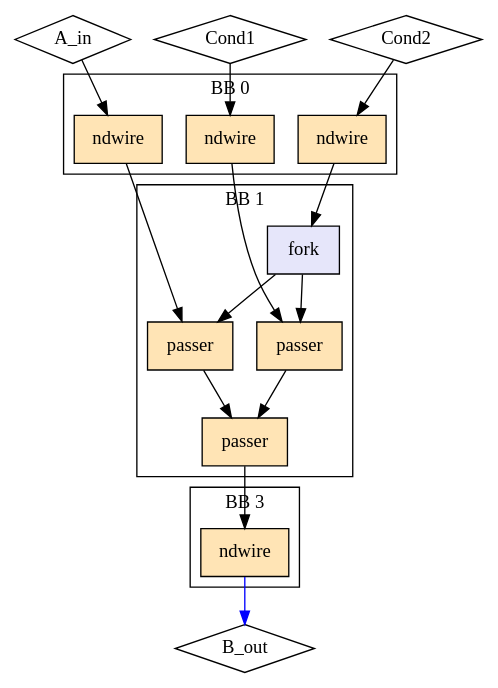
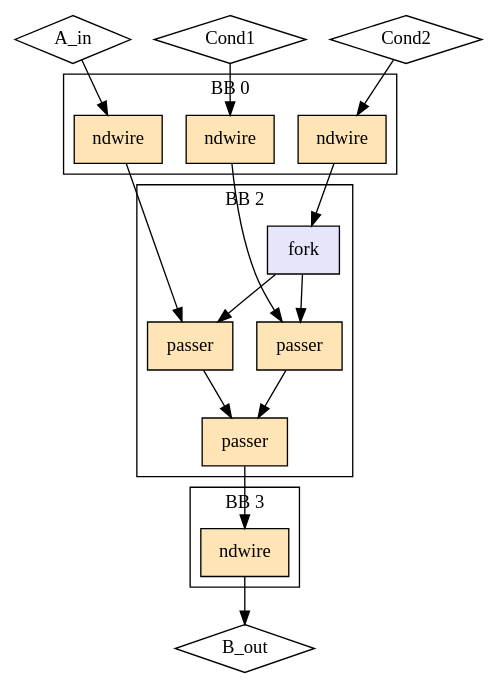
The diagram in experimental/tools/elastic-miter/out/unify_sup/lhs_reachability/model.dot (EPFL-LAP/dynamatic), drawn with Graphviz before and after one commit. The commit also changed 454 other files, not shown here.

```diff
--- a/experimental/tools/elastic-miter/out/unify_sup/lhs_reachability/model.dot
+++ b/experimental/tools/elastic-miter/out/unify_sup/lhs_reachability/model.dot
@@ -1,37 +1,37 @@
 Digraph G {
   splines=spline
   compound=true
   "A_in" ["style"="solid", "shape"="diamond", "label"="A_in", "mlir_op"="handshake.func"]
   "Cond1" ["style"="solid", "shape"="diamond", "label"="Cond1", "mlir_op"="handshake.func"]
   "Cond2" ["style"="solid", "shape"="diamond", "label"="Cond2", "mlir_op"="handshake.func"]
   "B_out" ["style"="solid", "shape"="diamond", "label"="B_out", "mlir_op"="handshake.func"]
   "A_in" -> "ndw_in_A_in" ["dir"="both", "style"="solid", "arrowhead"="normal", "from_idx"="0", "to"="ins", "arrowtail"="none", "from"="A_in", "to_idx"="0"]
   "Cond1" -> "ndw_in_Cond1" ["dir"="both", "style"="solid", "arrowhead"="normal", "from_idx"="1", "to"="ins", "arrowtail"="none", "from"="Cond1", "to_idx"="0"]
   "Cond2" -> "ndw_in_Cond2" ["dir"="both", "style"="solid", "arrowhead"="normal", "from_idx"="2", "to"="ins", "arrowtail"="none", "from"="Cond2", "to_idx"="0"]
   "ndw_in_A_in" -> "passer2" ["dir"="both", "style"="solid", "arrowhead"="normal", "from_idx"="0", "to"="data", "arrowtail"="none", "from"="outs", "to_idx"="0"]
   "ndw_in_Cond1" -> "passer1" ["dir"="both", "style"="solid", "arrowhead"="normal", "from_idx"="0", "to"="data", "arrowtail"="none", "from"="outs", "to_idx"="0"]
   "ndw_in_Cond2" -> "fork_cond2" ["dir"="both", "style"="solid", "arrowhead"="normal", "from_idx"="0", "to"="ins", "arrowtail"="none", "from"="outs", "to_idx"="0"]
-  "ndw_out_B_out" -> "B_out" ["dir"="both", "style"="solid", "arrowhead"="normal", "from_idx"="0", "color"="blue", "to"="B_out", "arrowtail"="none", "from"="outs", "to_idx"="0"]
+  "ndw_out_B_out" -> "B_out" ["dir"="both", "style"="solid", "arrowhead"="normal", "from_idx"="0", "to"="B_out", "arrowtail"="none", "from"="outs", "to_idx"="0"]
   "passer3" -> "ndw_out_B_out" ["dir"="both", "style"="solid", "arrowhead"="normal", "from_idx"="0", "to"="ins", "arrowtail"="none", "from"="result", "to_idx"="0"]
   subgraph cluster0 {
     graph ["label"="BB 0"]
     "ndw_in_A_in" ["style"="filled", "fillcolor"="moccasin", "shape"="box", "label"="ndwire", "mlir_op"="handshake.ndwire"]
     "ndw_in_Cond1" ["style"="filled", "fillcolor"="moccasin", "shape"="box", "label"="ndwire", "mlir_op"="handshake.ndwire"]
     "ndw_in_Cond2" ["style"="filled", "fillcolor"="moccasin", "shape"="box", "label"="ndwire", "mlir_op"="handshake.ndwire"]
   }
   subgraph cluster3 {
     graph ["label"="BB 3"]
     "ndw_out_B_out" ["style"="filled", "fillcolor"="moccasin", "shape"="box", "label"="ndwire", "mlir_op"="handshake.ndwire"]
   }
-  subgraph cluster1 {
-    graph ["label"="BB 1"]
+  subgraph cluster2 {
+    graph ["label"="BB 2"]
     "fork_cond2" ["style"="filled", "fillcolor"="lavender", "shape"="box", "label"="fork", "mlir_op"="handshake.fork"]
     "passer1" ["style"="filled", "fillcolor"="moccasin", "shape"="box", "label"="passer", "mlir_op"="handshake.passer"]
     "passer2" ["style"="filled", "fillcolor"="moccasin", "shape"="box", "label"="passer", "mlir_op"="handshake.passer"]
     "passer3" ["style"="filled", "fillcolor"="moccasin", "shape"="box", "label"="passer", "mlir_op"="handshake.passer"]
     "fork_cond2" -> "passer1" ["dir"="both", "style"="solid", "arrowhead"="normal", "from_idx"="0", "to"="ctrl", "arrowtail"="none", "from"="outs_0", "to_idx"="1"]
     "fork_cond2" -> "passer2" ["dir"="both", "style"="solid", "arrowhead"="normal", "from_idx"="1", "to"="ctrl", "arrowtail"="none", "from"="outs_1", "to_idx"="1"]
     "passer1" -> "passer3" ["dir"="both", "style"="solid", "arrowhead"="normal", "from_idx"="0", "to"="ctrl", "arrowtail"="none", "from"="result", "to_idx"="1"]
     "passer2" -> "passer3" ["dir"="both", "style"="solid", "arrowhead"="normal", "from_idx"="0", "to"="data", "arrowtail"="none", "from"="result", "to_idx"="0"]
   }
 }
```
